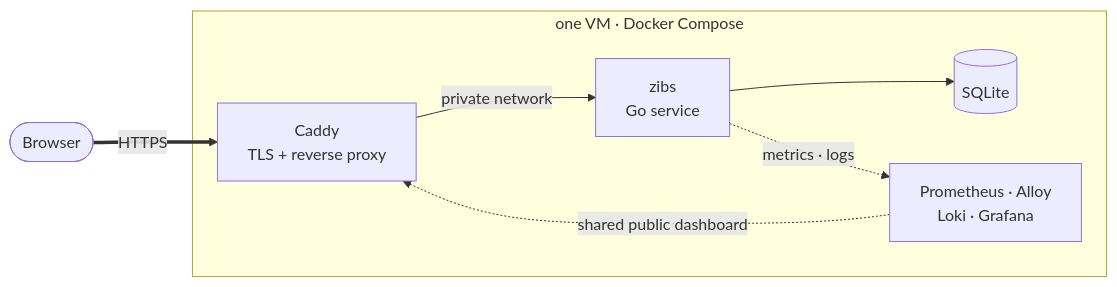
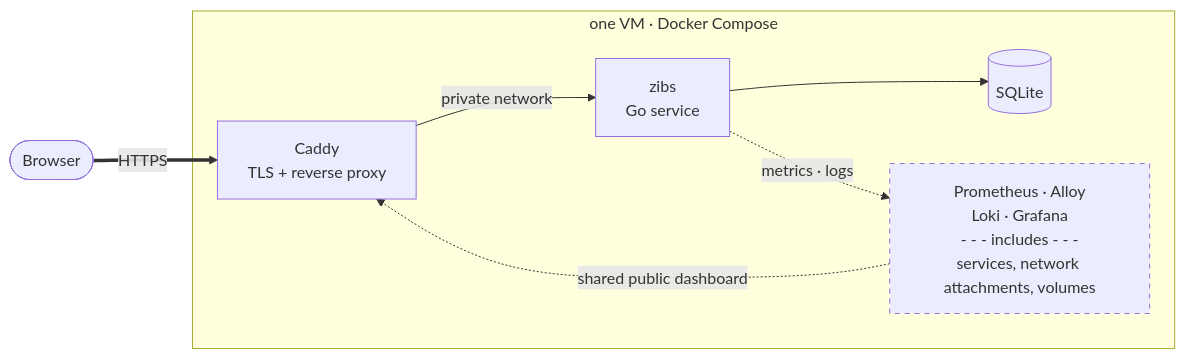
The diagram in README.md (dvinubius/zibs), drawn with Mermaid before and after one commit. The commit also changed other lines of this file, not shown here.

````diff
--- a/README.md
+++ b/README.md
@@ -15,11 +15,14 @@
 ```mermaid
 flowchart LR
     browser([Browser]) ==>|HTTPS| caddy
 
     subgraph vm[one VM · Docker Compose]
         caddy[Caddy<br/>TLS + reverse proxy] -->|private network| zibs[zibs<br/>Go service]
         zibs --> db[(SQLite)]
-        zibs -.->|metrics · logs| obs[Prometheus · Alloy<br/>Loki · Grafana]
+        zibs -.->|metrics · logs| obs[Prometheus · Alloy<br/>Loki · Grafana<br/>- - - includes - - -<br/>services, network attachments, volumes]
         obs -.->|shared public dashboard| caddy
     end
+
+    classDef simplified stroke-dasharray: 5 5;
+    class obs simplified;
 ```
````
